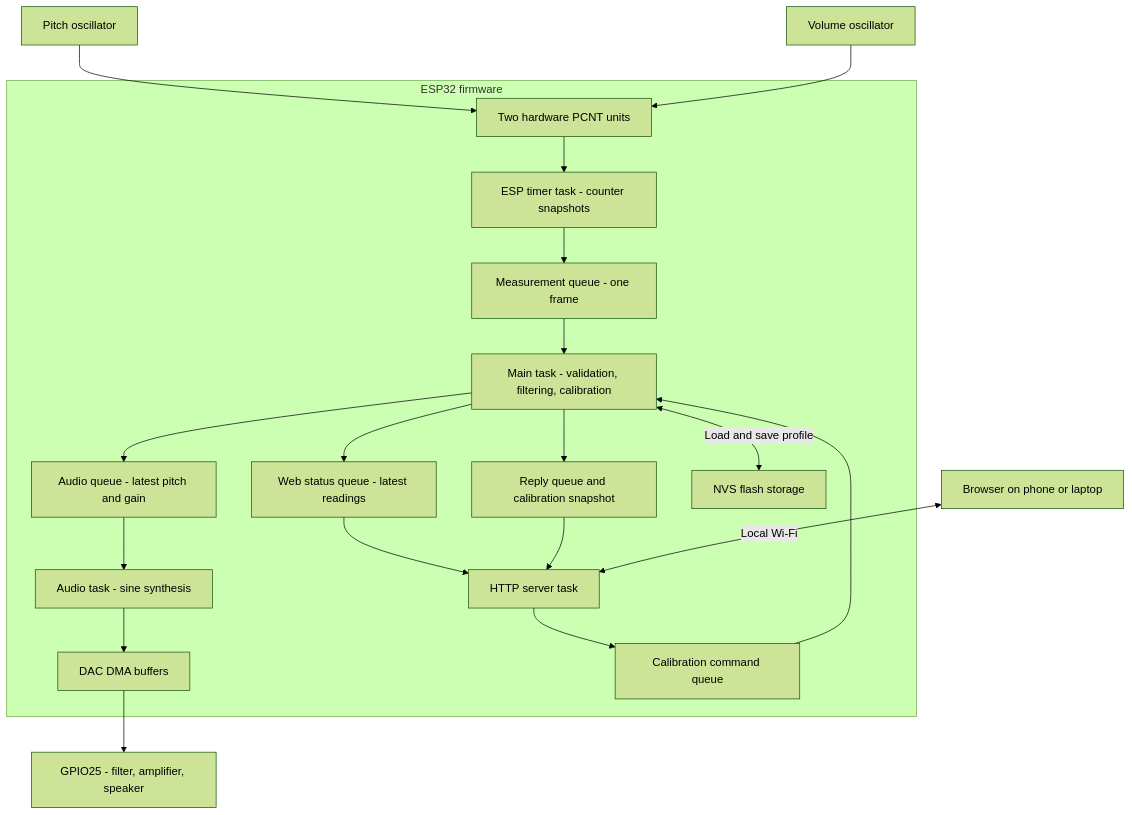
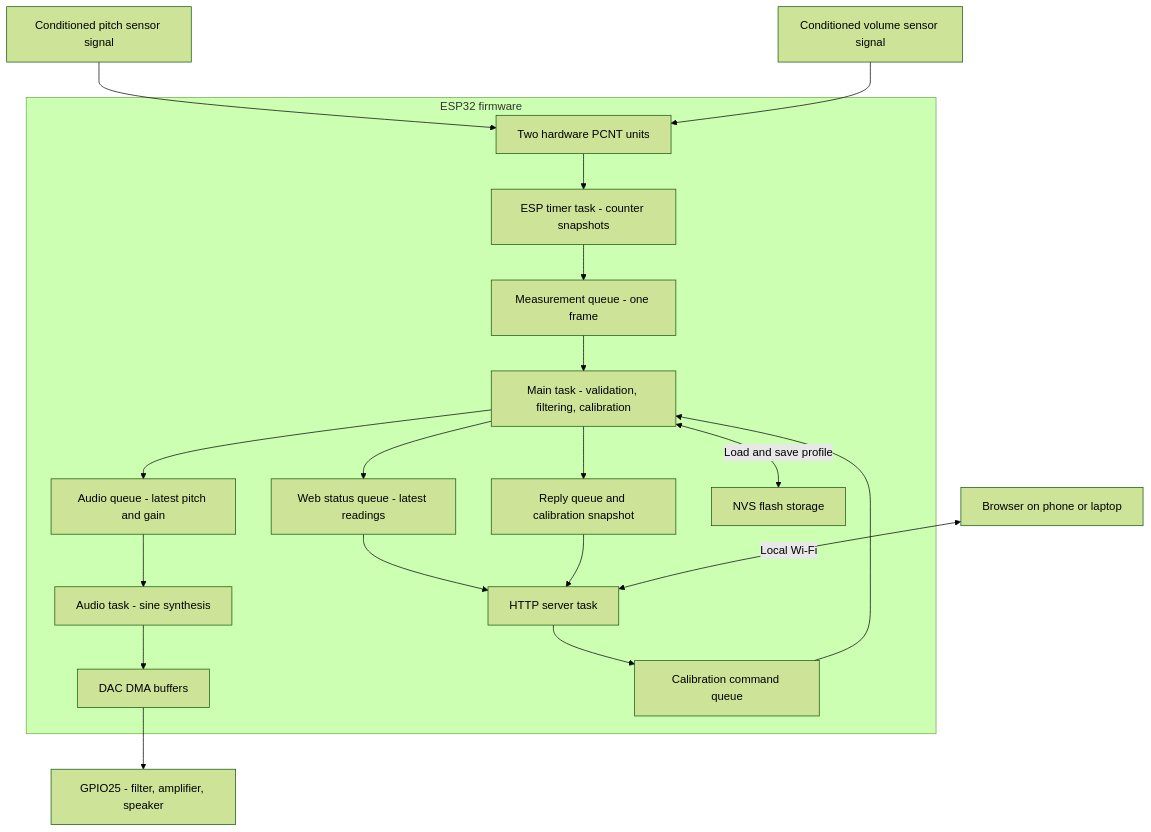
Before and after one commit to YaonanH/Theremin: the first of 2 diagrams in docs/architecture.md, drawn with Mermaid (forest theme). The commit also changed other lines of this file and 3 other files, not shown here.

````diff
--- a/docs/architecture.md
+++ b/docs/architecture.md
@@ -26,27 +32,27 @@
 ```{mermaid}
 flowchart TB
-    Pitch[Pitch oscillator]
-    Volume[Volume oscillator]
+    Pitch[Conditioned pitch sensor signal]
+    Volume[Conditioned volume sensor signal]
     Browser[Browser on phone or laptop]
     Output[GPIO25 - filter, amplifier, speaker]
     subgraph ESP32[ESP32 firmware]
         PCNT[Two hardware PCNT units]
         PCNT --> Timer[ESP timer task - counter snapshots]
         Timer --> Measurements[Measurement queue - one frame]
         Measurements --> Main[Main task - validation, filtering, calibration]
         Main --> Targets[Audio queue - latest pitch and gain]
         Targets --> Audio[Audio task - sine synthesis]
         Audio --> DMA[DAC DMA buffers]
         Main --> Status[Web status queue - latest readings]
         Status --> HTTP[HTTP server task]
         HTTP --> Commands[Calibration command queue]
         Commands --> Main
         Main --> Replies[Reply queue and calibration snapshot]
         Replies --> HTTP
         Main <-->|Load and save profile| NVS[NVS flash storage]
     end
     Pitch --> PCNT
     Volume --> PCNT
     DMA --> Output
     Browser <-->|Local Wi-Fi| HTTP
 ```
````
